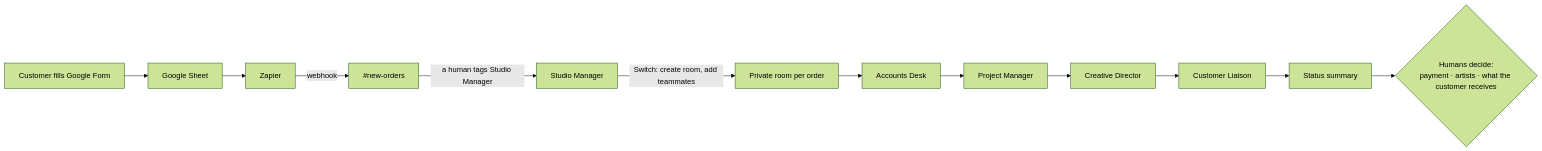
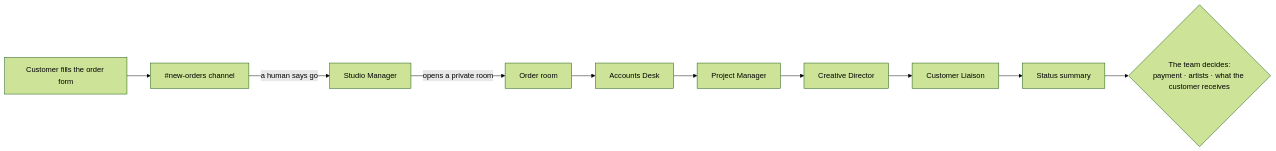
Before and after one commit to yolossn/StudioMate: the diagram in docs/blog.md, drawn with Mermaid (forest theme). The commit also changed other lines of this file and 4 other files, not shown here.

````diff
--- a/docs/blog.md
+++ b/docs/blog.md
@@ -55,9 +54,9 @@
 ```mermaid
 flowchart LR
-  F[Customer fills Google Form] --> S[Google Sheet] --> Z[Zapier] -->|webhook| N["#new-orders"]
-  N -->|a human tags Studio Manager| SM[Studio Manager]
-  SM -->|Switch: create room, add teammates| R["Private room per order"]
+  F[Customer fills the order form] --> N["#new-orders channel"]
+  N -->|a human says go| SM[Studio Manager]
+  SM -->|opens a private room| R[Order room]
   R --> AD[Accounts Desk] --> PM[Project Manager] --> CD[Creative Director] --> CL[Customer Liaison]
   CL --> SUM[Status summary]
-  SUM --> H{Humans decide:<br/>payment · artists · what the customer receives}
+  SUM --> H{The team decides:<br/>payment · artists · what the customer receives}
 ```
````
